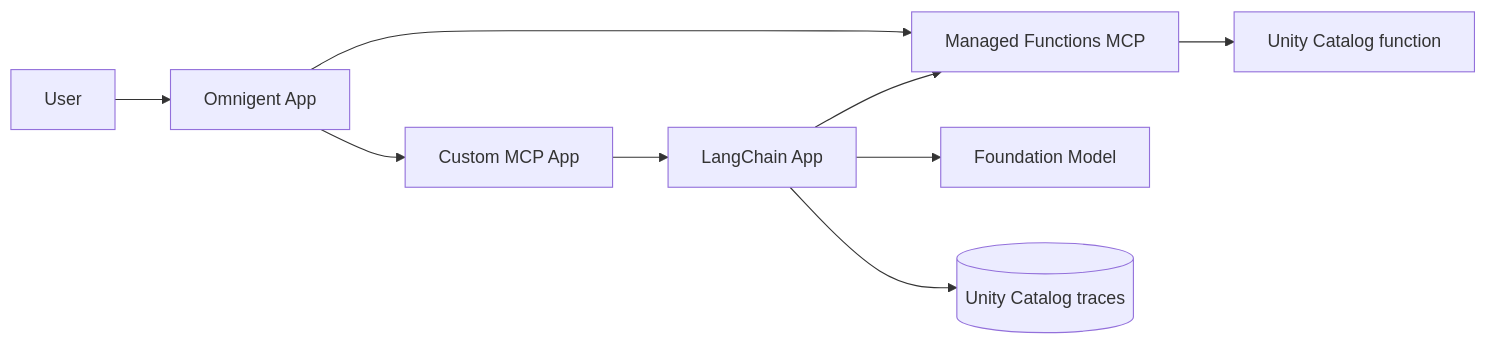
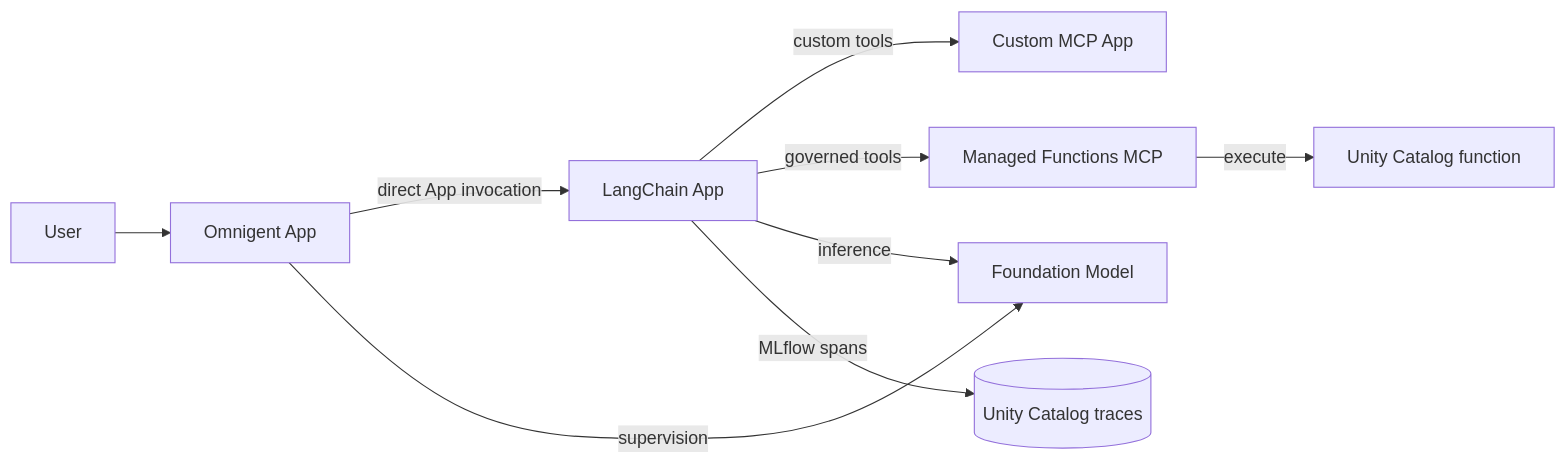
The first of 3 diagrams in README.md (zacdav-db/databricks-agent-cicd-sandpit), drawn with Mermaid before and after one commit. The commit also changed other lines of this file and 20 other files, not shown here.

````diff
--- a/README.md
+++ b/README.md
@@ -98,20 +102,20 @@
 ```mermaid
 flowchart LR
     User["User"]
     Omni["Omnigent App"]
     MCP["Custom MCP App"]
     Agent["LangChain App"]
     Managed["Managed Functions MCP"]
     Function["Unity Catalog function"]
     Model["Foundation Model"]
     Traces[("Unity Catalog traces")]
 
     User --> Omni
-    Omni --> MCP
-    MCP --> Agent
-    Omni --> Managed
-    Agent --> Managed
-    Managed --> Function
-    Agent --> Model
-    Agent --> Traces
+    Omni -->|"direct App invocation"| Agent
+    Agent -->|"custom tools"| MCP
+    Agent -->|"governed tools"| Managed
+    Managed -->|"execute"| Function
+    Omni -->|"supervision"| Model
+    Agent -->|"inference"| Model
+    Agent -->|"MLflow spans"| Traces
 ```
````
